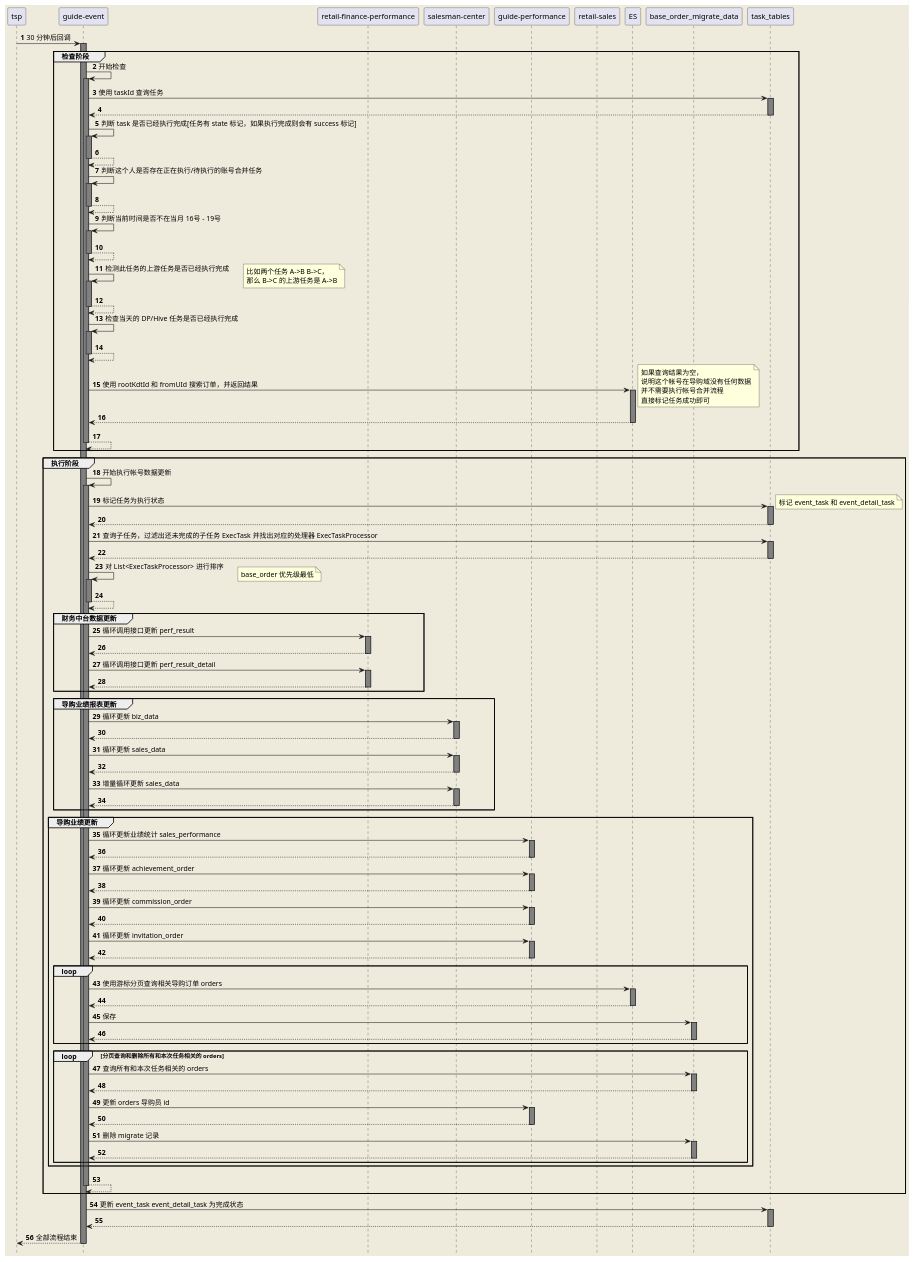
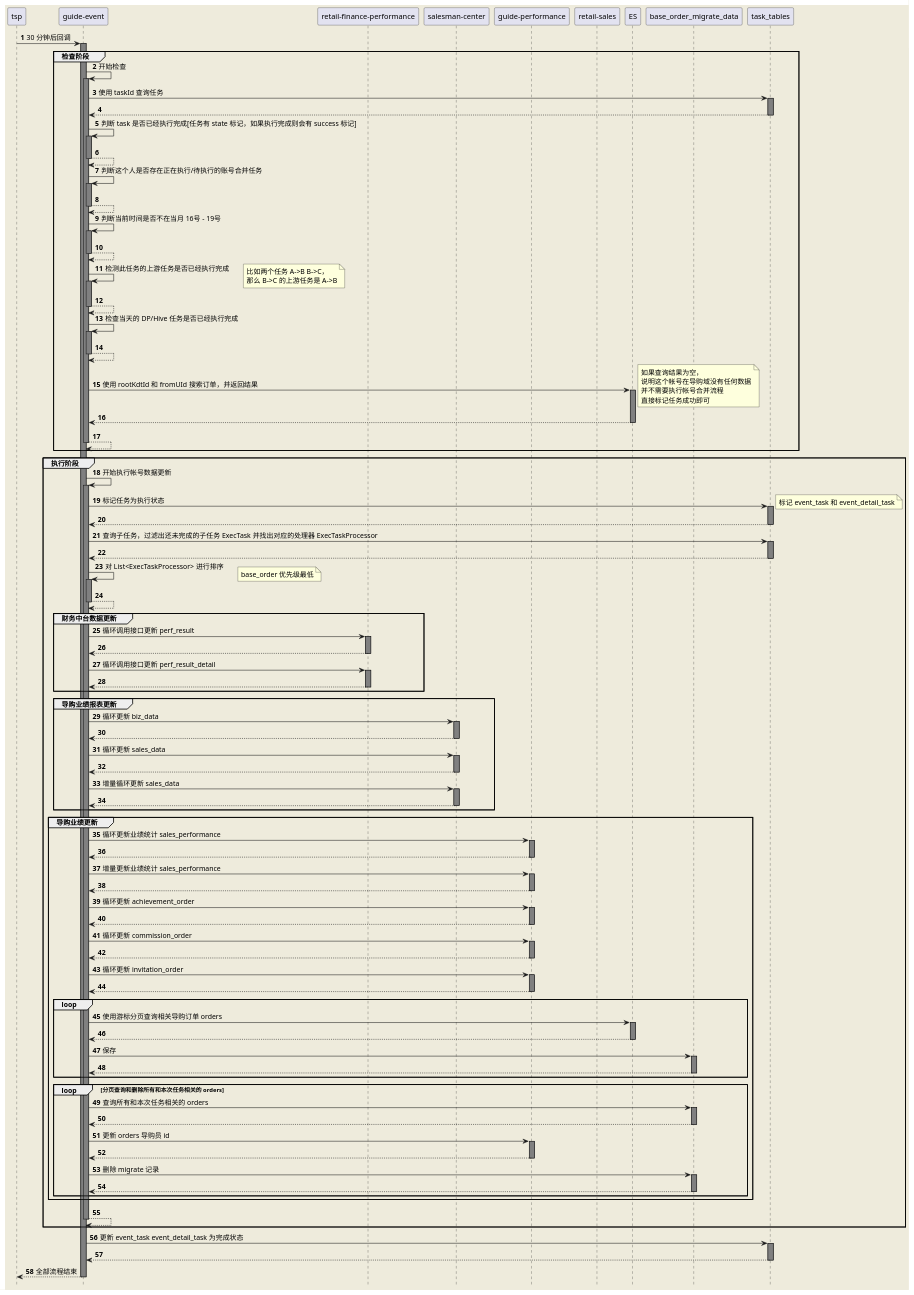
One commit to xauvlove/todo changed the diagram in src/main/resources/plants/导购/帐号合并/new/导购帐号合并任务执行新流程.puml. Above: the diagram before and after it, drawn with PlantUML. The commit also changed 4 other files, not shown here.

```diff
--- a/src/main/resources/plants/导购/帐号合并/new/导购帐号合并任务执行新流程.puml
+++ b/src/main/resources/plants/导购/帐号合并/new/导购帐号合并任务执行新流程.puml
@@ -1,139 +1,142 @@
 @startuml
 'https://plantuml.com/sequence-diagram
 
 hide footbox
 skinparam backgroundColor #EEEBDC
 
 skinparam sequence {
     LifeLineBackgroundColor grey
 }
 
 autonumber
 autoActivate on
 
 participant "tsp" as tsp
 participant "guide-event" as event
 participant "retail-finance-performance" as financePerf
 participant "salesman-center" as salesman
 participant "guide-performance" as guidePerf
 participant "retail-sales" as sales
 participant "ES" as es
 participant "base_order_migrate_data" as migrate
 participant "task_tables" as taskTables
 
 tsp -> event : 30 分钟后回调
 
 group 检查阶段
 
     event -> event : 开始检查
 
     event -> taskTables : 使用 taskId 查询任务
     return
 
     event -> event : 判断 task 是否已经执行完成[任务有 state 标记，如果执行完成则会有 success 标记]
     return
 
     event -> event : 判断这个人是否存在正在执行/待执行的账号合并任务
     return
 
     event -> event : 判断当前时间是否不在当月 16号 - 19号
     return
 
     event -> event : 检测此任务的上游任务是否已经执行完成
     note right
         比如两个任务 A->B B->C，
         那么 B->C 的上游任务是 A->B
     end note
     return
 
     event -> event : 检查当天的 DP/Hive 任务是否已经执行完成
     return
 
     event -> es : 使用 rootKdtId 和 fromUId 搜索订单，并返回结果
     note right
         如果查询结果为空，
         说明这个帐号在导购域没有任何数据
         并不需要执行帐号合并流程
         直接标记任务成功即可
     end note
     return
     return
 
 end group
 
 group 执行阶段
 
     event -> event : 开始执行帐号数据更新
 
     event -> taskTables : 标记任务为执行状态
     note right
         标记 event_task 和 event_detail_task
     end note
     return
 
     event -> taskTables : 查询子任务，过滤出还未完成的子任务 ExecTask 并找出对应的处理器 ExecTaskProcessor
     return
 
     event -> event : 对 List<ExecTaskProcessor> 进行排序
     note right
         base_order 优先级最低
     end note
     return
 
     group 财务中台数据更新
         event -> financePerf : 循环调用接口更新 perf_result
         return
 
         event -> financePerf : 循环调用接口更新 perf_result_detail
         return
     end group
 
     group 导购业绩报表更新
         event -> salesman : 循环更新 biz_data
         return
 
         event -> salesman : 循环更新 sales_data
         return
 
         event -> salesman : 增量循环更新 sales_data
         return
     end group
 
 
 
     group 导购业绩更新
         event -> guidePerf : 循环更新业绩统计 sales_performance
         return
 
+        event -> guidePerf : 增量更新业绩统计 sales_performance
+        return
+
         event -> guidePerf : 循环更新 achievement_order
         return
 
         event -> guidePerf : 循环更新 commission_order
         return
 
         event -> guidePerf : 循环更新 invitation_order
         return
 
         loop
             event -> es : 使用游标分页查询相关导购订单 orders
             return
             event -> migrate : 保存
             return
         end
 
         loop 分页查询和删除所有和本次任务相关的 orders
             event -> migrate : 查询所有和本次任务相关的 orders
             return
             event -> guidePerf : 更新 orders 导购员 id
             return
             event -> migrate : 删除 migrate 记录
             return
         end
     end group
     return
 end group
 
 event -> taskTables : 更新 event_task event_detail_task 为完成状态
 return
 return 全部流程结束
 @enduml
```
